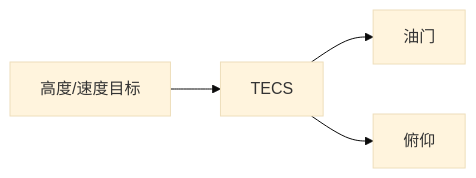
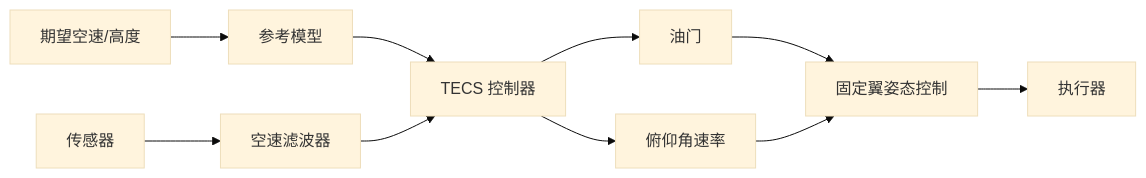
The diagram in .trae/documents/algorithms/tecs.md (billsoft/PX4-Autopilot), drawn with Mermaid (base theme) before and after one commit. The commit also changed other lines of this file and 3 other files, not shown here.

````diff
--- a/.trae/documents/algorithms/tecs.md
+++ b/.trae/documents/algorithms/tecs.md
@@ -5,6 +110,12 @@
 ```mermaid
-flowchart LR
-  Targets[高度/速度目标] --> TECS
-  TECS --> Throttle[油门]
-  TECS --> Pitch[俯仰]
+graph LR
+    A[期望空速/高度] --> B[参考模型]
+    C[传感器] --> D[空速滤波器]
+    B --> E[TECS 控制器]
+    D --> E
+    E --> F[油门]
+    E --> G[俯仰角速率]
+    F --> H[固定翼姿态控制]
+    G --> H
+    H --> I[执行器]
 ```
````
